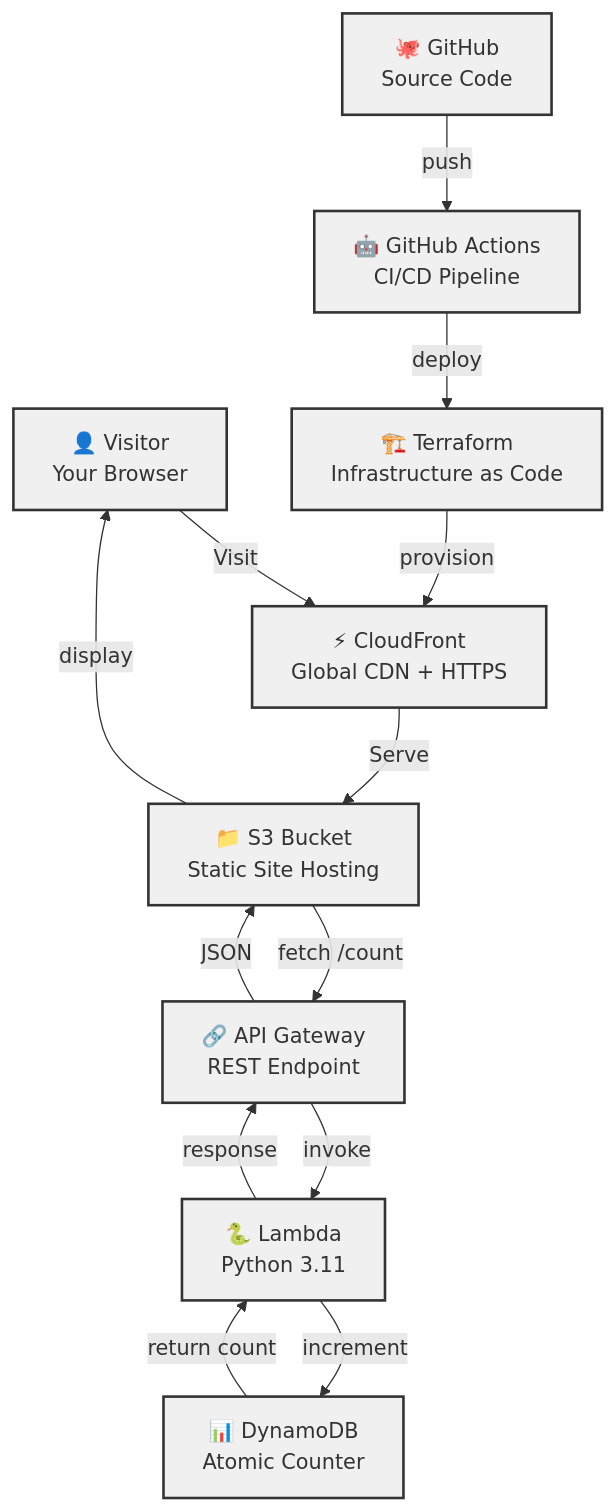
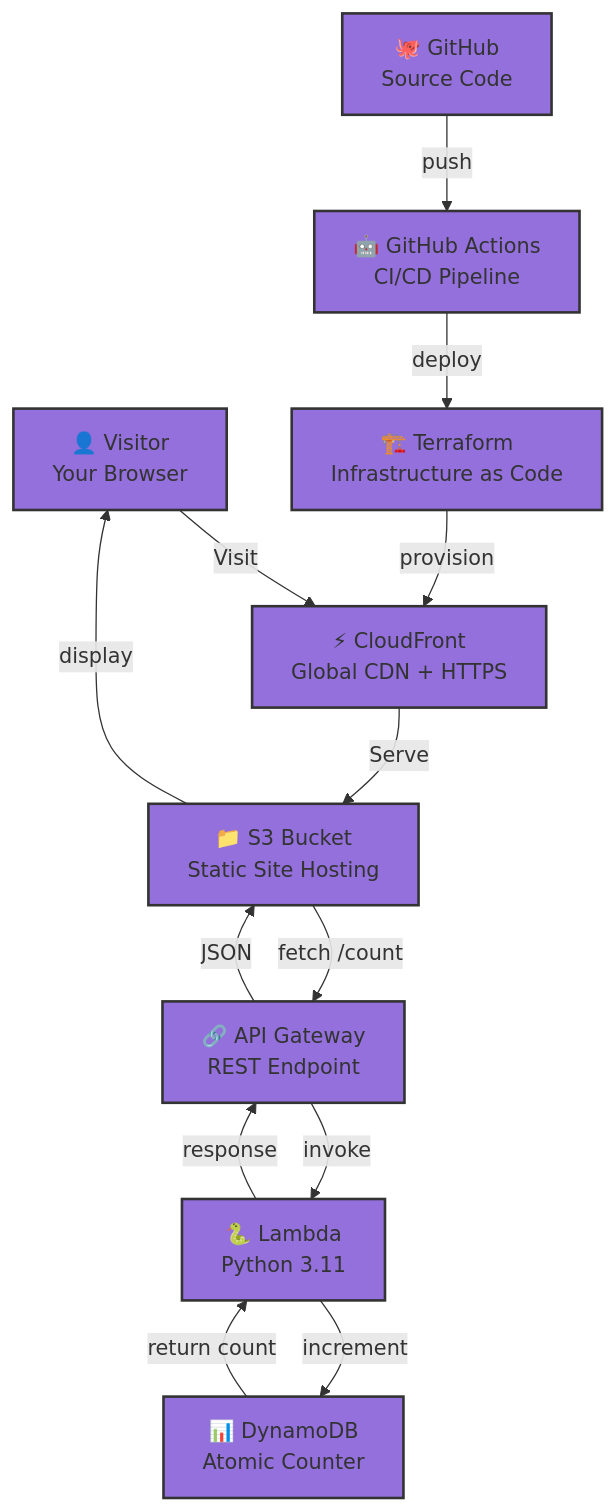
Before and after one commit to stanleyjnrkanzara-wq/Cloud-Resume-Challenge: the diagram in README.md, drawn with Mermaid.

Commit message:
Change mermaid diagram rectangle colors from gray to purple

````diff
--- a/README.md
+++ b/README.md
@@ -36,37 +36,37 @@
 ```mermaid
 graph TB
     User["👤 Visitor<br/>Your Browser"]
     CF["⚡ CloudFront<br/>Global CDN + HTTPS"]
     S3["📁 S3 Bucket<br/>Static Site Hosting"]
     APIGW["🔗 API Gateway<br/>REST Endpoint"]
     Lambda["🐍 Lambda<br/>Python 3.11"]
     DDB["📊 DynamoDB<br/>Atomic Counter"]
     
     GH["🐙 GitHub<br/>Source Code"]
     GHA["🤖 GitHub Actions<br/>CI/CD Pipeline"]
     TF["🏗️ Terraform<br/>Infrastructure as Code"]
     
     User -->|Visit| CF
     CF -->|Serve| S3
     S3 -->|fetch /count| APIGW
     APIGW -->|invoke| Lambda
     Lambda -->|increment| DDB
     DDB -->|return count| Lambda
     Lambda -->|response| APIGW
     APIGW -->|JSON| S3
     S3 -->|display| User
     
     GH -->|push| GHA
     GHA -->|deploy| TF
     TF -->|provision| CF
     
-    style User fill:#f0f0f0,stroke:#333,stroke-width:2px
-    style CF fill:#f0f0f0,stroke:#333,stroke-width:2px
-    style S3 fill:#f0f0f0,stroke:#333,stroke-width:2px
-    style APIGW fill:#f0f0f0,stroke:#333,stroke-width:2px
-    style Lambda fill:#f0f0f0,stroke:#333,stroke-width:2px
-    style DDB fill:#f0f0f0,stroke:#333,stroke-width:2px
-    style GH fill:#f0f0f0,stroke:#333,stroke-width:2px
-    style GHA fill:#f0f0f0,stroke:#333,stroke-width:2px
-    style TF fill:#f0f0f0,stroke:#333,stroke-width:2px
+    style User fill:#9370DB,stroke:#333,stroke-width:2px
+    style CF fill:#9370DB,stroke:#333,stroke-width:2px
+    style S3 fill:#9370DB,stroke:#333,stroke-width:2px
+    style APIGW fill:#9370DB,stroke:#333,stroke-width:2px
+    style Lambda fill:#9370DB,stroke:#333,stroke-width:2px
+    style DDB fill:#9370DB,stroke:#333,stroke-width:2px
+    style GH fill:#9370DB,stroke:#333,stroke-width:2px
+    style GHA fill:#9370DB,stroke:#333,stroke-width:2px
+    style TF fill:#9370DB,stroke:#333,stroke-width:2px
 ```
````
